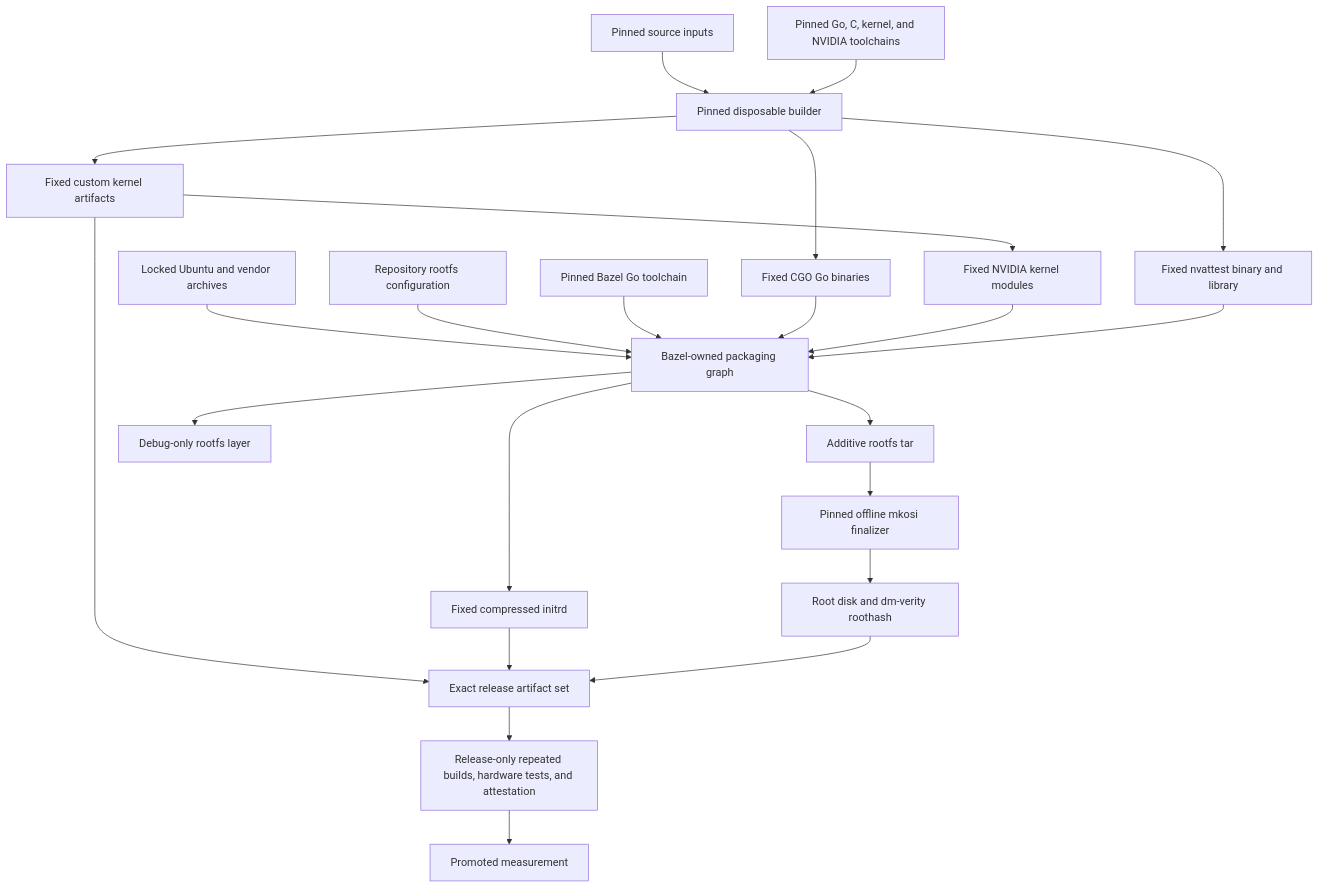
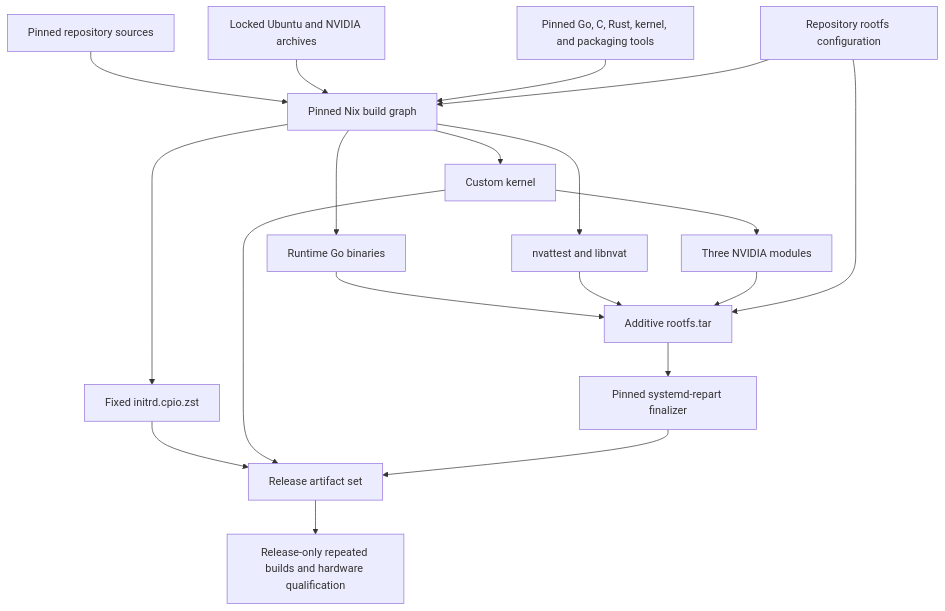
One commit to tinfoilsh/cvmimage changed the diagram in docs/build.md. Above: the diagram before and after it, drawn with Mermaid. The commit also changed other lines of this file and 32 other files, not shown here.

Commit message:
Replace the retired build interface with pinned Nix

````diff
--- a/docs/build.md
+++ b/docs/build.md
@@ -52,31 +14,25 @@
 ```mermaid
 flowchart TD
-    S["Pinned source inputs"] --> PB["Pinned disposable builder"]
-    T["Pinned Go, C, kernel, and NVIDIA toolchains"] --> PB
+    S["Pinned repository sources"] --> N["Pinned Nix build graph"]
+    U["Locked Ubuntu and NVIDIA archives"] --> N
+    T["Pinned Go, C, Rust, kernel, and packaging tools"] --> N
+    C["Repository rootfs configuration"] --> N
 
-    PB --> GO["Fixed CGO Go binaries"]
-    PB --> K["Fixed custom kernel artifacts"]
-    K --> N["Fixed NVIDIA kernel modules"]
-    PB --> A["Fixed nvattest binary and library"]
+    N --> G["Runtime Go binaries"]
+    N --> A["nvattest and libnvat"]
+    N --> K["Custom kernel"]
+    K --> V["Three NVIDIA modules"]
+    N --> I["Fixed initrd.cpio.zst"]
 
-    P["Locked Ubuntu and vendor archives"] --> B["Bazel-owned packaging graph"]
-    C["Repository rootfs configuration"] --> B
-    G["Pinned Bazel Go toolchain"] --> B
-    GO --> B
-    N --> B
-    A --> B
+    G --> R["Additive rootfs.tar"]
+    A --> R
+    V --> R
+    C --> R
 
-    B --> R["Additive rootfs tar"]
-    B --> I["Fixed compressed initrd"]
-    B --> D["Debug-only rootfs layer"]
+    R --> M["Pinned systemd-repart finalizer"]
+    I --> X["Release artifact set"]
+    K --> X
+    M --> X
 
-    R --> M["Pinned offline mkosi finalizer"]
-    M --> DISK["Root disk and dm-verity roothash"]
-
-    K --> X["Exact release artifact set"]
-    I --> X
-    DISK --> X
-
-    X --> Q["Release-only repeated builds, hardware tests, and attestation"]
-    Q --> PM["Promoted measurement"]
+    X --> Q["Release-only repeated builds and hardware qualification"]
 ```
````
